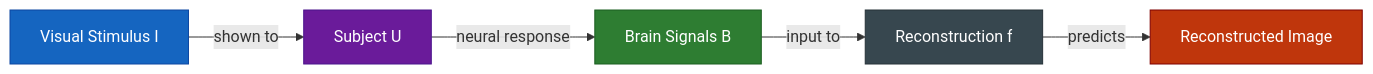
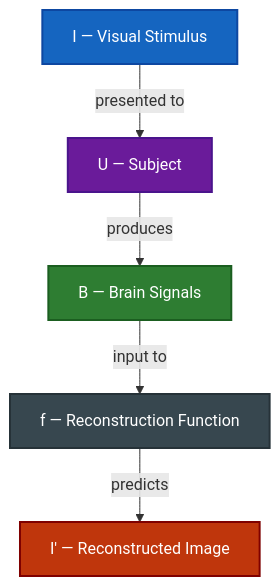
Before and after one commit to nghialt3670/vision-brain-modeling: the first of 4 diagrams in resources/slides/brain-to-image-editing-introduction.md, drawn with Mermaid. The commit also changed other lines of this file and 5 other files, not shown here.

```diff
--- a/resources/slides/brain-to-image-editing-introduction.md
+++ b/resources/slides/brain-to-image-editing-introduction.md
@@ -48,12 +100,13 @@
 <pre class="mermaid">
-graph LR
-    I["Visual Stimulus I"] -->|shown to| U["Subject U"]
-    U -->|neural response| B["Brain Signals B"]
-    B -->|input to| F["Reconstruction f"]
-    F -->|predicts| IP["Reconstructed Image"]
-    style I fill:#1565c0,color:#fff,stroke:#0d47a1
-    style U fill:#6a1b9a,color:#fff,stroke:#4a148c
-    style B fill:#2e7d32,color:#fff,stroke:#1b5e20
-    style F fill:#37474f,color:#fff,stroke:#263238
-    style IP fill:#bf360c,color:#fff,stroke:#7f0000
+graph TD
+    I["I — Visual Stimulus"] -->|presented to| U["U — Subject"]
+    U -->|produces| B["B — Brain Signals"]
+    B -->|input to| F["f — Reconstruction Function"]
+    F -->|predicts| IP["I' — Reconstructed Image"]
+
+    style I fill:#1565c0,color:#fff,stroke:#0d47a1,stroke-width:2px
+    style U fill:#6a1b9a,color:#fff,stroke:#4a148c,stroke-width:2px
+    style B fill:#2e7d32,color:#fff,stroke:#1b5e20,stroke-width:2px
+    style F fill:#37474f,color:#fff,stroke:#263238,stroke-width:2px
+    style IP fill:#bf360c,color:#fff,stroke:#7f0000,stroke-width:2px
 </pre>
```
